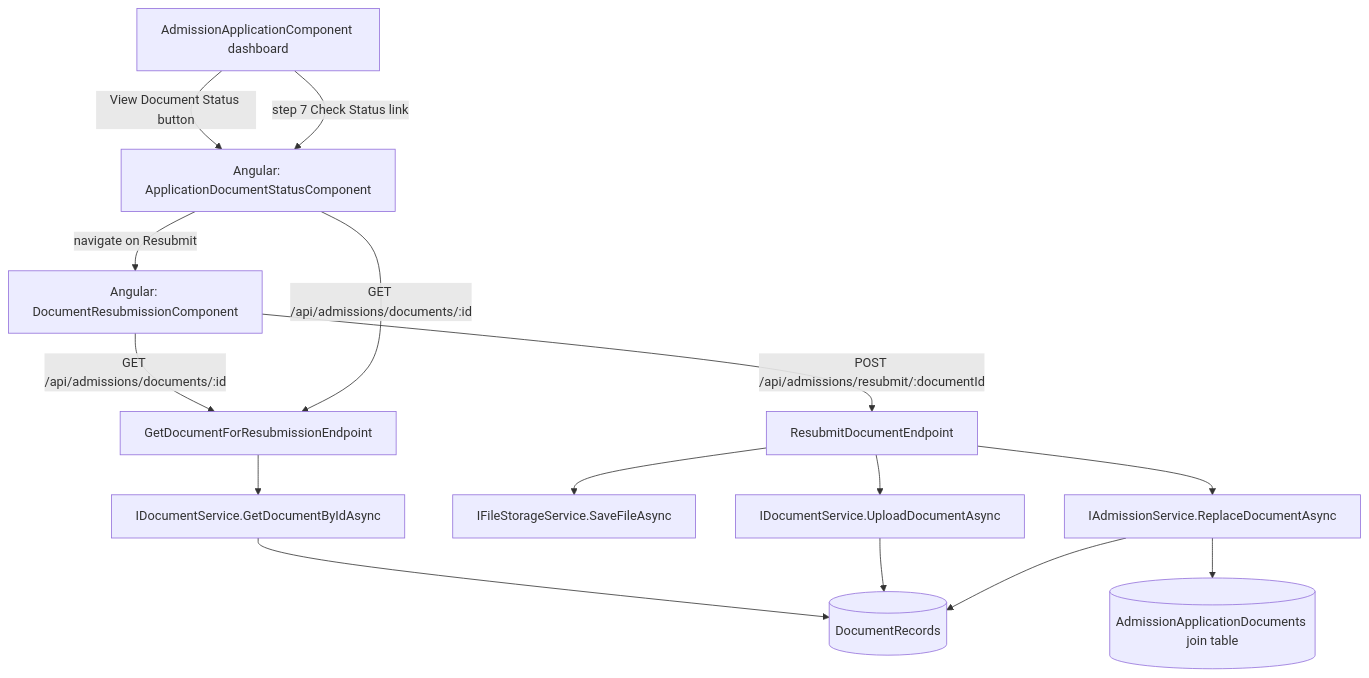
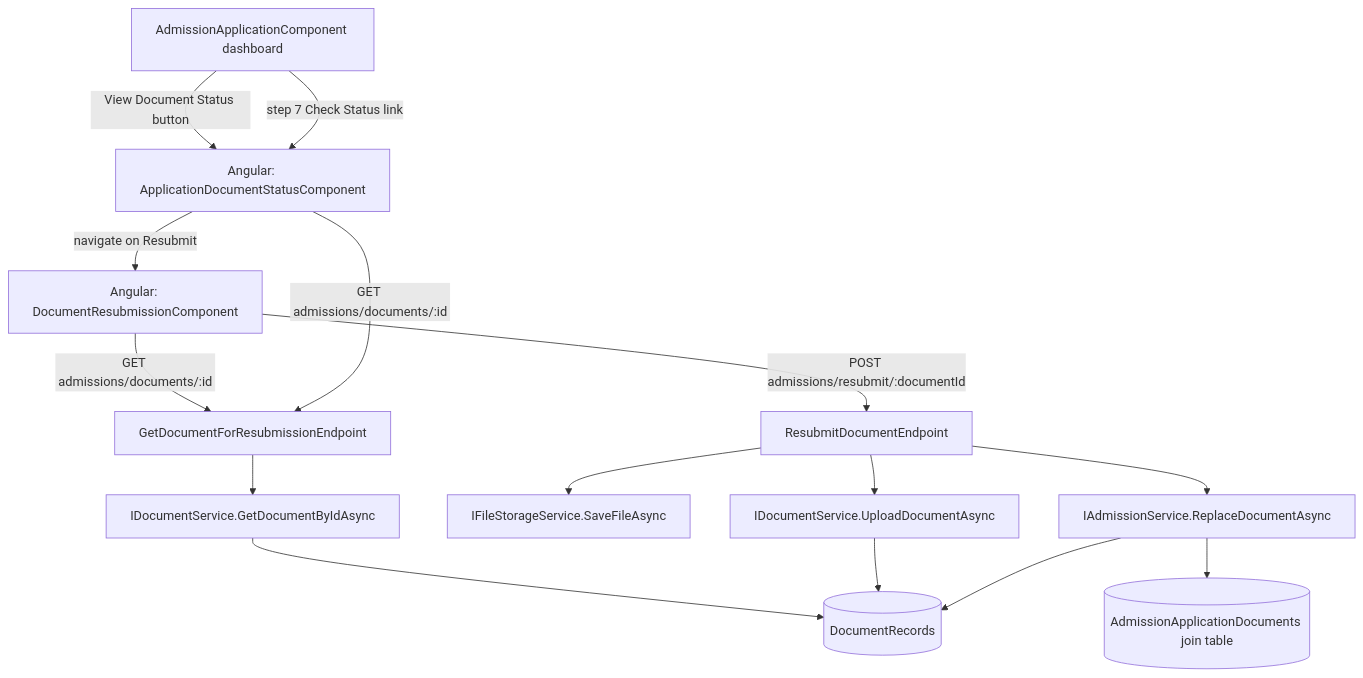
Before and after one commit to standevel/LMSApi: the first of 4 diagrams in .kiro/specs/document-resubmission/design.md, drawn with Mermaid. The commit also changed other lines of this file and 3081 other files, not shown here.

````diff
--- a/.kiro/specs/document-resubmission/design.md
+++ b/.kiro/specs/document-resubmission/design.md
@@ -11,17 +11,17 @@
 ```mermaid
 graph TD
-    A[Angular: DocumentResubmissionComponent] -->|GET /api/admissions/documents/:id| B[GetDocumentForResubmissionEndpoint]
-    A -->|POST /api/admissions/resubmit/:documentId| C[ResubmitDocumentEndpoint]
+    A[Angular: DocumentResubmissionComponent] -->|GET admissions/documents/:id| B[GetDocumentForResubmissionEndpoint]
+    A -->|POST admissions/resubmit/:documentId| C[ResubmitDocumentEndpoint]
     B --> D[IDocumentService.GetDocumentByIdAsync]
     C --> E[IFileStorageService.SaveFileAsync]
     C --> F[IDocumentService.UploadDocumentAsync]
     C --> G[IAdmissionService.ReplaceDocumentAsync]
     D --> H[(DocumentRecords)]
     F --> H
     G --> I[(AdmissionApplicationDocuments join table)]
     G --> H
-    J[Angular: ApplicationDocumentStatusComponent] -->|GET /api/admissions/documents/:id| B
+    J[Angular: ApplicationDocumentStatusComponent] -->|GET admissions/documents/:id| B
     J -->|navigate on Resubmit| A
     K[AdmissionApplicationComponent dashboard] -->|View Document Status button| J
     K -->|step 7 Check Status link| J
 ```
````
